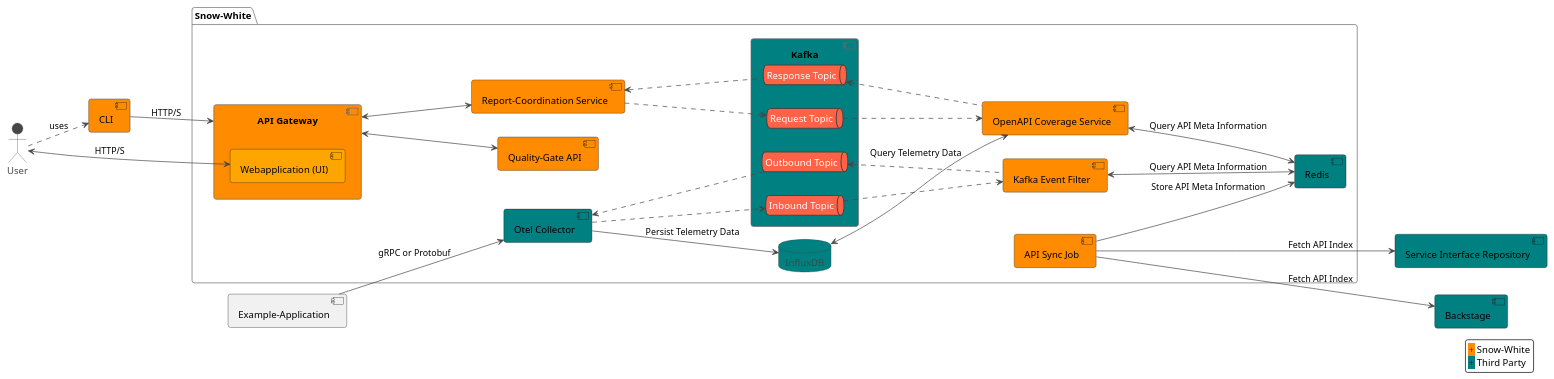
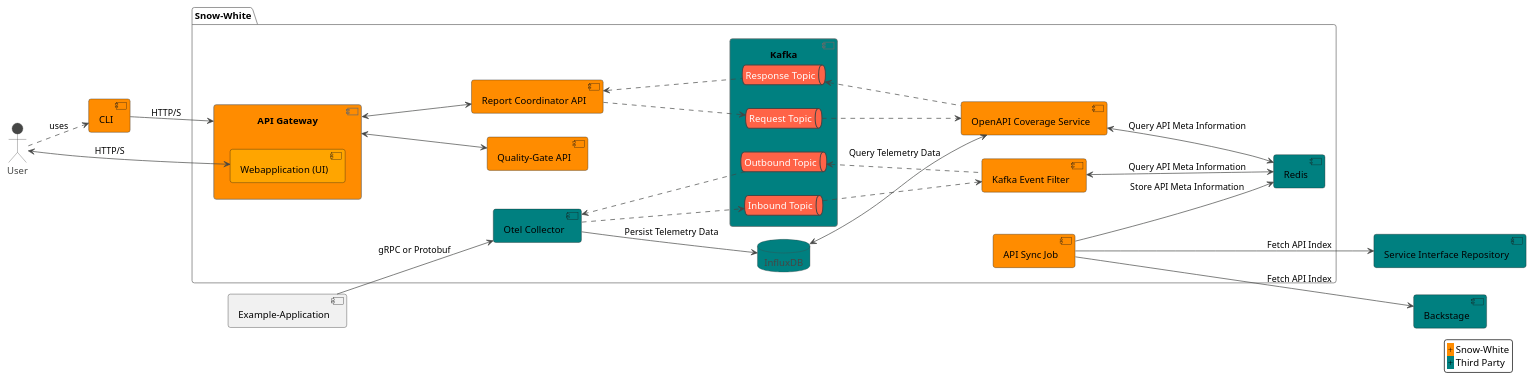
The diagram in DEVELOPMENT.md (bbortt/snow-white), drawn with PlantUML before and after one commit. The commit also changed other lines of this file and 201 other files, not shown here.

Commit message:
feat(report-coordinator-api): rename http microservice from report-coordination-service

```diff
--- a/DEVELOPMENT.md
+++ b/DEVELOPMENT.md
@@ -85,7 +85,7 @@
     component "Kafka Event Filter" as filter #Darkorange
     component "OpenAPI Coverage Service" as coverage #Darkorange
     component "Quality-Gate API" as qgate #Darkorange
-    component "Report-Coordination Service" as coordination #Darkorange
+    component "Report Coordinator API" as coordinator #Darkorange
 
     ' Third-party components next
 
@@ -116,7 +116,7 @@
 cli --> gate: HTTP/S
 
 gate <--> qgate
-gate <--> coordination
+gate <--> coordinator
 
 ' API Sync Job
 
@@ -137,10 +137,10 @@
 outbound ..> otel
 otel --> influx: Persist Telemetry Data
 
-' Report Coordination Service
+' Report Coordinator API
 
-coordination .down.> request
-response .up.> coordination
+coordinator .down.> request
+response .up.> coordinator
 
 ' OpenAPI Coverage Service
 
```
